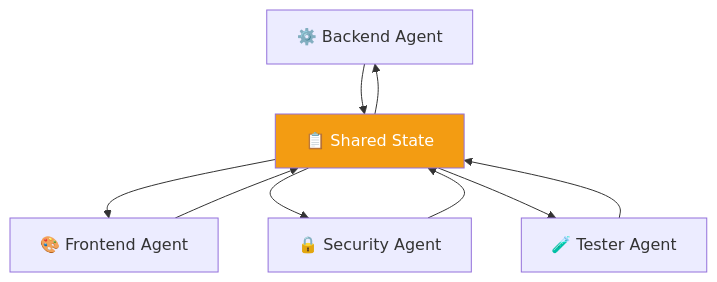
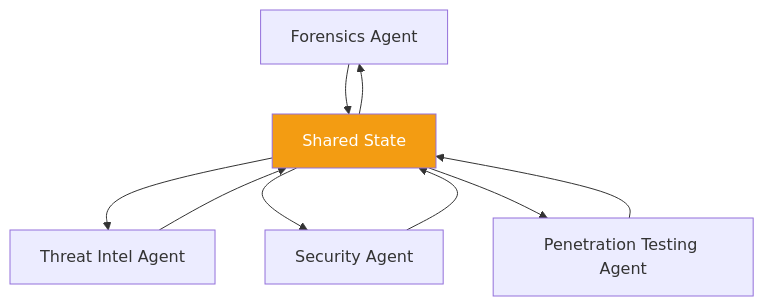
Before and after one commit to Sujalkathait/-AI-Agent-Security-Playbook.: diagram 11 of 53 in AI Agent Communication.md, drawn with Mermaid. The commit also changed other lines of this file and 2 other files, not shown here.

````diff
--- a/AI Agent Communication.md
+++ b/AI Agent Communication.md
@@ -348,14 +348,14 @@
 ```mermaid
 graph TD
-    A["⚙️ Backend Agent"] --> State["📋 Shared State"]
-    B["🎨 Frontend Agent"] --> State
-    C["🔒 Security Agent"] --> State
-    D["🧪 Tester Agent"] --> State
+  A[" Forensics Agent"] --> State[" Shared State"]
+  B[" Threat Intel Agent"] --> State
+  C[" Security Agent"] --> State
+  D[" Penetration Testing Agent"] --> State
 
-    State --> A
-    State --> B
-    State --> C
-    State --> D
+  State --> A
+  State --> B
+  State --> C
+  State --> D
 
-    style State fill:#f39c12,color:white
+  style State fill:#f39c12,color:white
 ```
````
